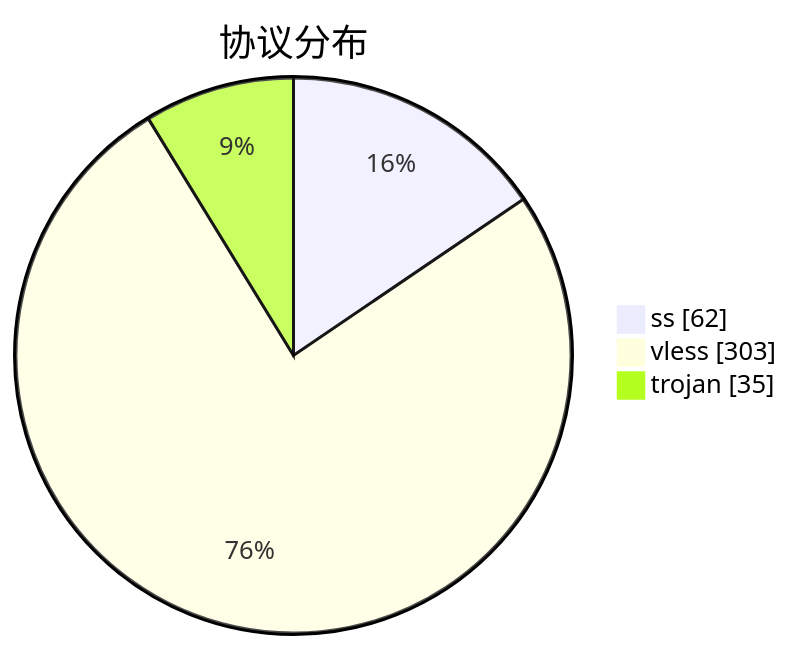
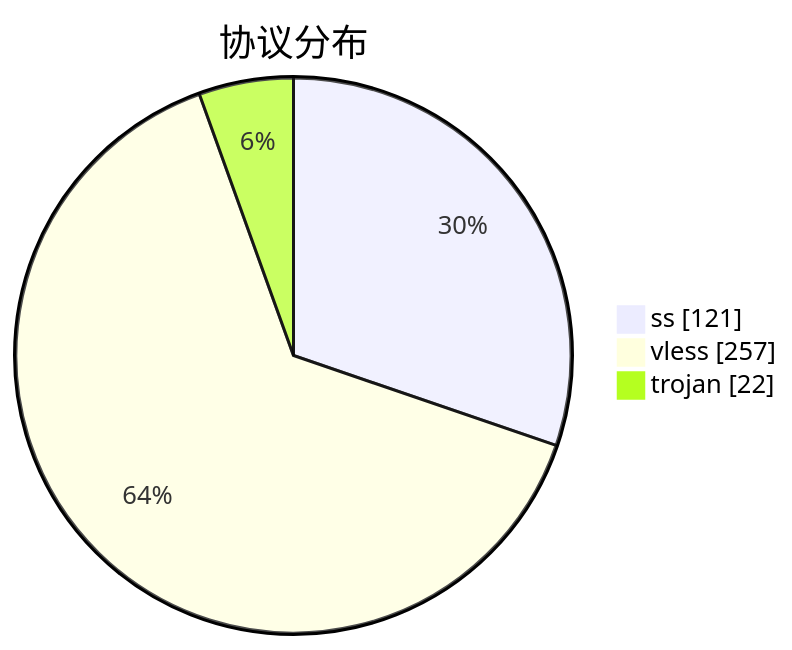
One commit to qjlxg/airport changed the third of 3 diagrams in subs/statistics/tested_within.md. Above: the diagram before and after it, drawn with Mermaid. The commit also changed other lines of this file and 2 other files, not shown here.

````diff
--- a/subs/statistics/tested_within.md
+++ b/subs/statistics/tested_within.md
@@ -18,7 +18,7 @@
 ```mermaid
 pie showData
 title 协议分布
-"ss" : 62
-"vless" : 303
-"trojan" : 35
+"ss" : 121
+"vless" : 257
+"trojan" : 22
 ```
````
